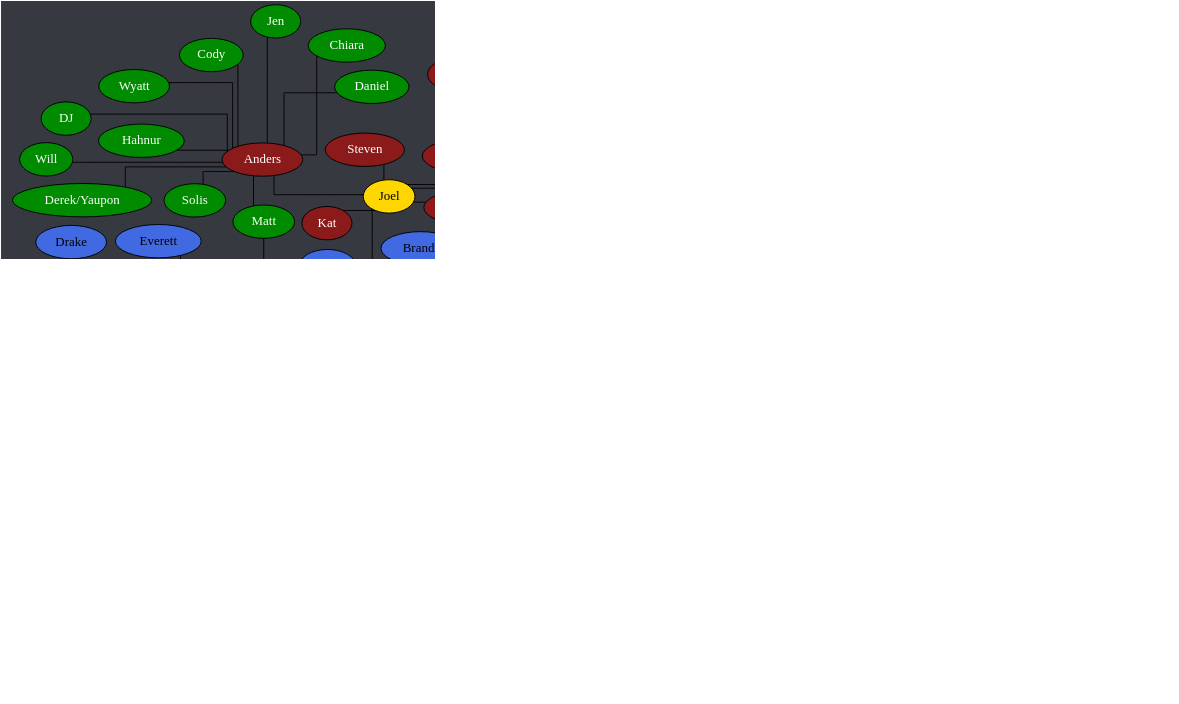
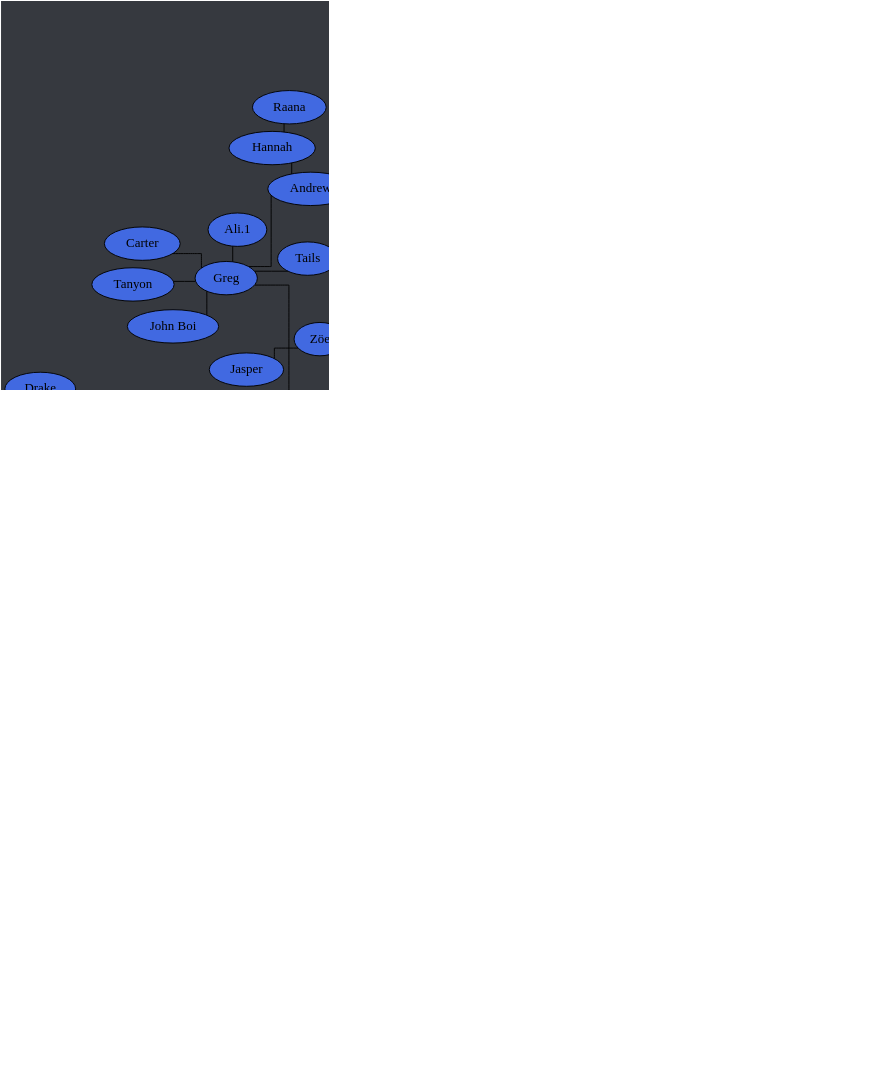
The diagram in tree.dot (Documidas/CoronaCatzFamilyTree), drawn with Graphviz before and after one commit. The commit also changed 1 other file, not shown here.

Commit message:
Add a Zach added by Anders

```diff
--- a/tree.dot
+++ b/tree.dot
@@ -1,175 +1,176 @@
 strict graph {
 	// Layout Configuration
 	layout = neato;
 	dpi = 200;
 	epsilon = 0.01;
 	mode = major;
 	model = subset;
 	overlap = false;
 	splines = ortho;
 	start = rand;
 
 	// Visual Configuration
 	graph [ truecolor=true bgcolor="#36393f" ];
 	node [ style=filled fillcolor="gray" fontcolor="black" ];
 
 	subgraph "Joel" {
 		node [ style=filled fillcolor="firebrick4" fontcolor="white" ];
 		Joel [ style=filled fillcolor="gold" fontcolor="black" ];
 
 		Cayla -- "Ali.2";
 		Cayla -- Jonathan;
 		Cayla -- Kate;
 		Cayla -- Ranger;
 		Joel -- Anders;
 		Joel -- Cayla;
 		Joel -- Conner;
 		Joel -- Jared;
 		Joel -- Kat;
 		Joel -- Patrick;
 		Joel -- Steven;
 	}
 
 	subgraph "Anders" {
 		node [ style=filled fillcolor="green4" fontcolor="white" ];
 		// Anders [ style=filled fillcolor="green4" fontcolor="white" ];
 
 		Anders -- Chiara;
 		Anders -- Cody;
 		Anders -- Daniel;
 		Anders -- "Derek/Yaupon";
 		Anders -- DJ;
 		Anders -- Hahnur;
 		Anders -- Jen;
 		Anders -- Matt;
 		Anders -- Solis;
 		Anders -- Will;
 		Anders -- Wyatt;
+		Anders -- Zach;
 	}
 
 	subgraph "Jared" {
 		node [ style=filled fillcolor="royalblue" fontcolor="black" ];
 		// Jared [ style=filled fillcolor="royalblue" fontcolor="black" ];
 
 		Andrew -- Hannah;
 		Dave -- Everett;
 		Donnie -- Bryan;
 		Donnie -- Troy;
 		Greg -- "Ali.1";
 		Greg -- Andrew;
 		Greg -- Carter;
 		Greg -- "John Boi";
 		Greg -- Tails;
 		Greg -- Tanyon;
 		Hannah -- Raana;
 		Jared -- Brandi;
 		Jared -- Dave;
 		Jared -- Donnie;
 		Jared -- Fabi;
 		Jared -- "Jack.2";
 		Jared -- Cole;
 		Jared -- Fitz;
 		Jared -- Kamon;
 		Jared -- Greg;
 		Jared -- Isabelle;
 		Jared -- Mason;
 		Jared -- Matt;
 		Jared -- Mehmet;
 		Jared -- Nam;
 		Jared -- Shannon;
 		Jared -- Spencer;
 		Jared -- Tyler;
 		Jared -- "Zach/Laniakea";
 		Jared -- "Zöe";
 		Troy -- Drake;
 		Tyler -- Gaby;
 		"Zöe" -- Jasper;
 	}
 
 	subgraph "Zach/Laniakea" {
 		node [ style=filled fillcolor="#4eff2c" fontcolor="black" ];
 		// "Zach/Laniakea" [ style=filled fillcolor="#4eff2c" fontcolor="black" ];
 
 		"Caio.2" -- "Kyle.1";
 		"Caio.2" -- Lucas;
 		Kuri -- Drew;
 		Kuri -- Jon;
 		Kuri -- Karma;
 		"Zach/Laniakea" -- Allen;
 		"Zach/Laniakea" -- "Caio.2";
 		"Zach/Laniakea" -- Colin;
 		"Zach/Laniakea" -- John;
 		"Zach/Laniakea" -- Logan;
 		"Zach/Laniakea" -- Kevin;
 		"Zach/Laniakea" -- Kuri;
 		"Zach/Laniakea" -- "Kyle.0";
 		"Zach/Laniakea" -- Mike;
 		"Zach/Laniakea" -- "Ryan/Wenger";
 		"Zach/Laniakea" -- "Ukko";
 	}
 
 	subgraph "John" {
 		node [ style=filled fillcolor="#c89b3c" fontcolor="black" ];
 		// John [ style=filled fillcolor="#c89b3c" fontcolor="black" ];
 
 		Haber -- "Derek/Nomad";
 		John -- Anna;
 		John -- Emily;
 		John -- Haber;
 		John -- Jay;
 		John -- Jack;
 		John -- Lara;
 		John -- Monarch;
 		John -- "Oliger/Leanza";
 		John -- Thomas;
 	}
 
 	subgraph "John-stream" {
 		// node [ style=filled fillcolor="#9147ff" fontcolor="black" ];
 		node [ style=filled fillcolor="#c89b3c" fontcolor="black" ];
 
 		John -- "Michael/Wheezy";
 	}
 
 	subgraph "Thomas" {
 		node [ style=filled fillcolor="#b04900" fontcolor="black" ];
 		// Thomas [ style=filled fillcolor="#b04900" fontcolor="black" ];
 
 		Thomas -- Alex;
 		Thomas -- Bob;
 		Thomas -- JD;
 		Thomas -- Josh;
 		Thomas -- Juan;
 		Thomas -- Michael;
 		Thomas -- Taylor;
 		Thomas -- Tony;
 		Thomas -- "Travis.1";
 		Thomas -- "Travis.2";
 		Tony -- GT;
 	}
 
 	subgraph "Alex" {
 		node [ style=filled fillcolor="#6f2da8" fontcolor="white" ];
 		// Alex [ style=filled fillcolor="#6f2da8" fontcolor="black" ];
 
 		Alex -- "Alex/Blitt";
 		Alex -- "Da'Von";
 		Alex -- Sam;
 		"Alex/Blitt" -- Alan;
 		"Alex/Blitt" -- "Alex the 3rd";
 		"Alex/Blitt" -- Brian;
 		"Alex/Blitt" -- Carlos;
 		"Alex/Blitt" -- Chris;
 		"Alex/Blitt" -- Frank;
 		"Alex/Blitt" -- Gabriel;
 		"Alex/Blitt" -- "Kyle.3";
 		"Alex/Blitt" -- Laske;
 		"Alex/Blitt" -- "Ryan.1";
 		"Alex/Blitt" -- "Sam.2";
 		"Da'Von" -- Dalton;
 		"Da'Von" -- Dalyn;
 		"Da'Von" -- Zeller;
 		Dalton -- Graysen;
 		Gabriel -- "Ryan.2";
 	}
 }
```
